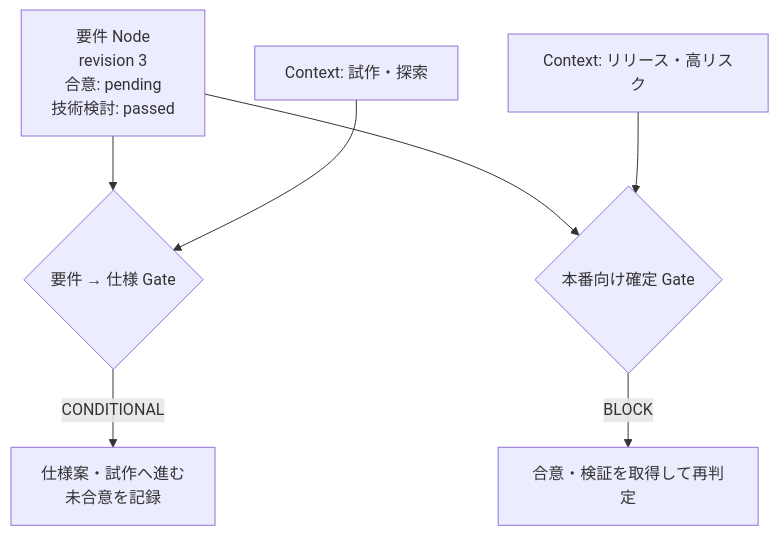
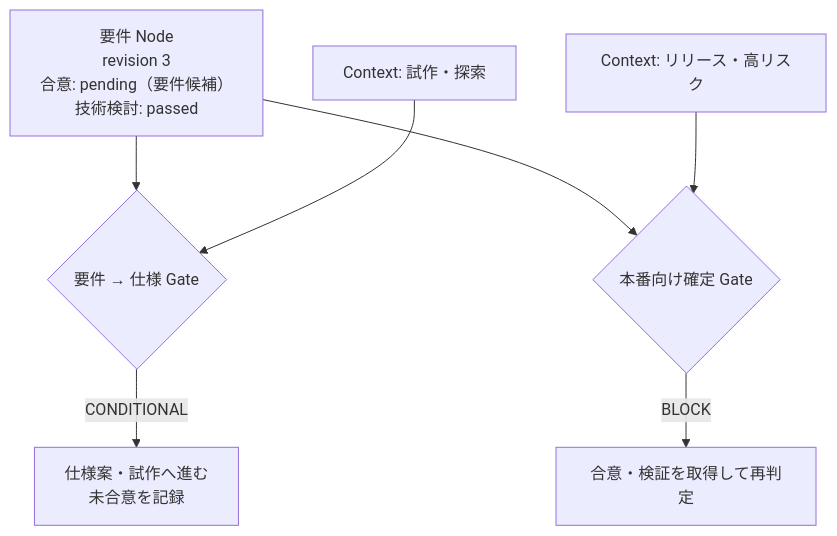
One commit to longicorn/ise-methodology changed the fourth of 5 diagrams in lane-model/03_gate_and_requirements_flow.ja.md. Above: the diagram before and after it, drawn with Mermaid. The commit also changed other lines of this file and 3 other files, not shown here.

````diff
--- a/lane-model/03_gate_and_requirements_flow.ja.md
+++ b/lane-model/03_gate_and_requirements_flow.ja.md
@@ -177,9 +188,9 @@
 ```mermaid
 flowchart TD
-    Q["要件 Node\nrevision 3\n合意: pending\n技術検討: passed"] --> G{"要件 → 仕様 Gate"}
+    Q["要件 Node\nrevision 3\n合意: pending（要件候補）\n技術検討: passed"] --> G{"要件 → 仕様 Gate"}
     X["Context: 試作・探索"] --> G
     G -->|"CONDITIONAL"| S["仕様案・試作へ進む\n未合意を記録"]
     Q --> G2{"本番向け確定 Gate"}
     Y["Context: リリース・高リスク"] --> G2
     G2 -->|"BLOCK"| H["合意・検証を取得して再判定"]
 ```
````
